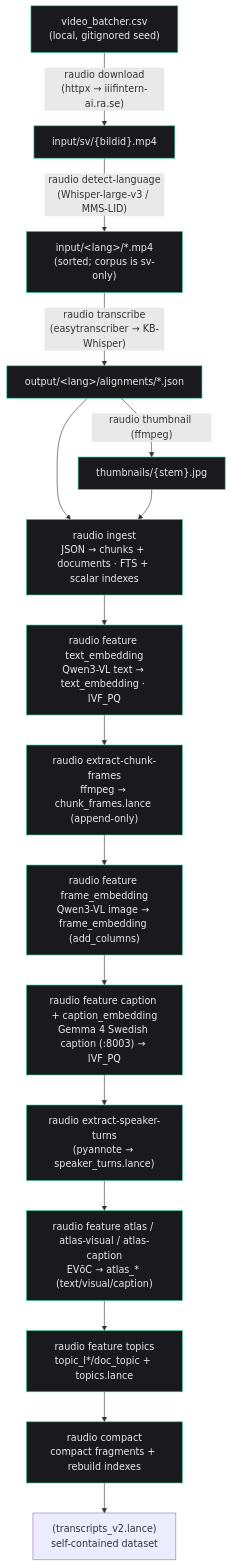
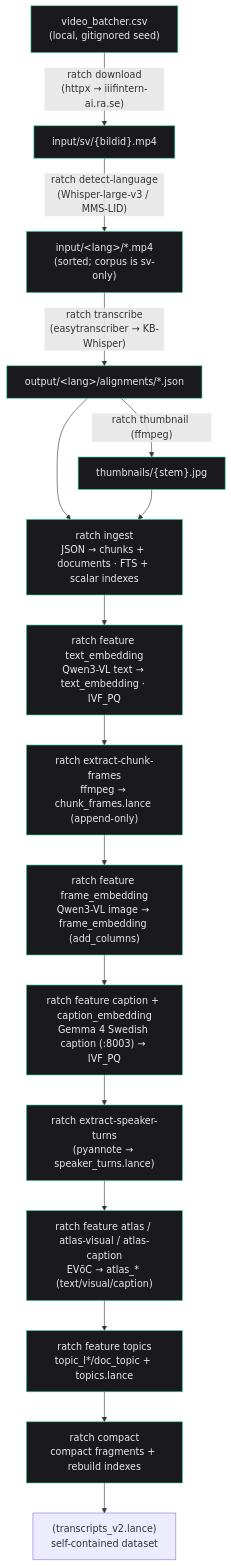
One commit to Borg93/lance-audio-demo changed the third of 4 diagrams in docs/GUIDE.md. Above: the diagram before and after it, drawn with Mermaid. The commit also changed other lines of this file and 191 other files, not shown here.

````diff
--- a/docs/GUIDE.md
+++ b/docs/GUIDE.md
@@ -217,21 +217,21 @@
 ```mermaid
 flowchart TD
-    S0["video_batcher.csv<br/>(local, gitignored seed)"] -->|"raudio download<br/>(httpx → iiifintern-ai.ra.se)"| S1["input/sv/{bildid}.mp4"]
-    S1 -->|"raudio detect-language<br/>(Whisper-large-v3 / MMS-LID)"| A["input/&lt;lang&gt;/*.mp4<br/>(sorted; corpus is sv-only)"]
-    A -->|"raudio transcribe<br/>(easytranscriber → KB-Whisper)"| C["output/&lt;lang&gt;/alignments/*.json"]
-    C -->|"raudio thumbnail (ffmpeg)"| D["thumbnails/{stem}.jpg"]
+    S0["video_batcher.csv<br/>(local, gitignored seed)"] -->|"ratch download<br/>(httpx → iiifintern-ai.ra.se)"| S1["input/sv/{bildid}.mp4"]
+    S1 -->|"ratch detect-language<br/>(Whisper-large-v3 / MMS-LID)"| A["input/&lt;lang&gt;/*.mp4<br/>(sorted; corpus is sv-only)"]
+    A -->|"ratch transcribe<br/>(easytranscriber → KB-Whisper)"| C["output/&lt;lang&gt;/alignments/*.json"]
+    C -->|"ratch thumbnail (ffmpeg)"| D["thumbnails/{stem}.jpg"]
     C --> E
     D --> E
-    E["raudio ingest<br/>JSON → chunks + documents · FTS + scalar indexes"] --> F
-    F["raudio feature text_embedding<br/>Qwen3-VL text → text_embedding · IVF_PQ"] --> G
-    G["raudio extract-chunk-frames<br/>ffmpeg → chunk_frames.lance (append-only)"] --> H
-    H["raudio feature frame_embedding<br/>Qwen3-VL image → frame_embedding (add_columns)"] --> I
-    I["raudio feature caption + caption_embedding<br/>Gemma 4 Swedish caption (:8003) → IVF_PQ"] --> J
-    J["raudio extract-speaker-turns<br/>(pyannote → speaker_turns.lance)"] --> K
-    K["raudio feature atlas / atlas-visual / atlas-caption<br/>EVōC → atlas_* (text/visual/caption)"] --> L
-    L["raudio feature topics<br/>topic_l*/doc_topic + topics.lance"] --> M
-    M["raudio compact<br/>compact fragments + rebuild indexes"] --> DB["(transcripts_v2.lance)<br/>self-contained dataset"]
+    E["ratch ingest<br/>JSON → chunks + documents · FTS + scalar indexes"] --> F
+    F["ratch feature text_embedding<br/>Qwen3-VL text → text_embedding · IVF_PQ"] --> G
+    G["ratch extract-chunk-frames<br/>ffmpeg → chunk_frames.lance (append-only)"] --> H
+    H["ratch feature frame_embedding<br/>Qwen3-VL image → frame_embedding (add_columns)"] --> I
+    I["ratch feature caption + caption_embedding<br/>Gemma 4 Swedish caption (:8003) → IVF_PQ"] --> J
+    J["ratch extract-speaker-turns<br/>(pyannote → speaker_turns.lance)"] --> K
+    K["ratch feature atlas / atlas-visual / atlas-caption<br/>EVōC → atlas_* (text/visual/caption)"] --> L
+    L["ratch feature topics<br/>topic_l*/doc_topic + topics.lance"] --> M
+    M["ratch compact<br/>compact fragments + rebuild indexes"] --> DB["(transcripts_v2.lance)<br/>self-contained dataset"]
 
     classDef done fill:#1a1a1e,stroke:#34d399,color:#e9e9ea;
     class S0,S1,A,C,D,E,F,G,H,I,J,K,L,M done;
 ```
````
